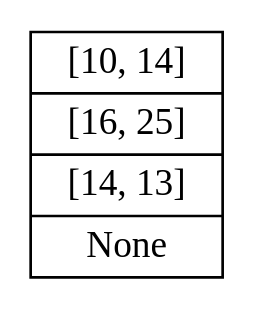
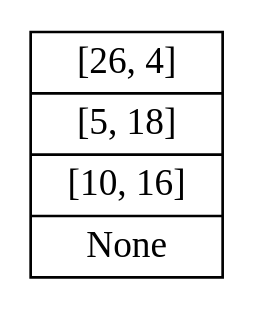
Before and after one commit to jmansilla-2014056/EDD_P1_Snake-Game: the diagram in Game/stack.gv, drawn with Graphviz. The commit also changed 71 other files, not shown here.

```diff
--- a/Game/stack.gv
+++ b/Game/stack.gv
@@ -1,4 +1,4 @@
 digraph structs {
 	node [shape=record]
-	stack [label="{[10, 14]|[16, 25]|[14, 13]|None}"]
+	stack [label="{[26, 4]|[5, 18]|[10, 16]|None}"]
 }
```
